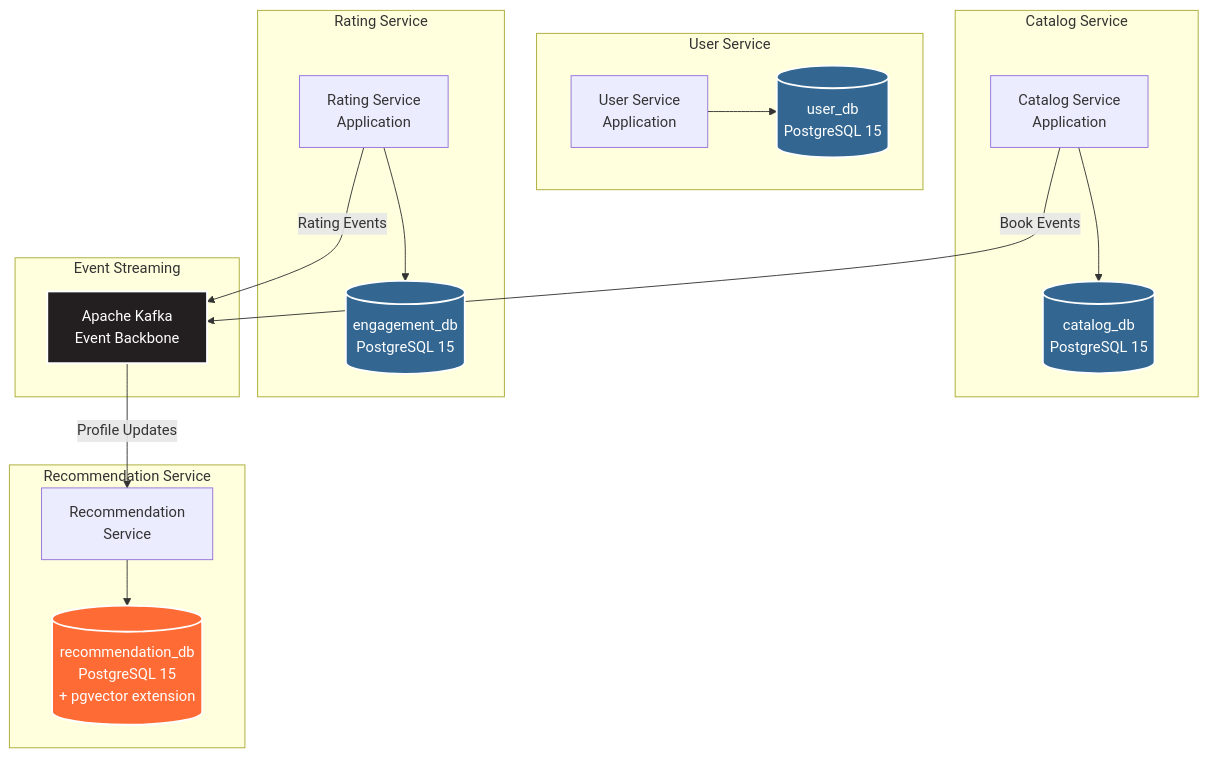
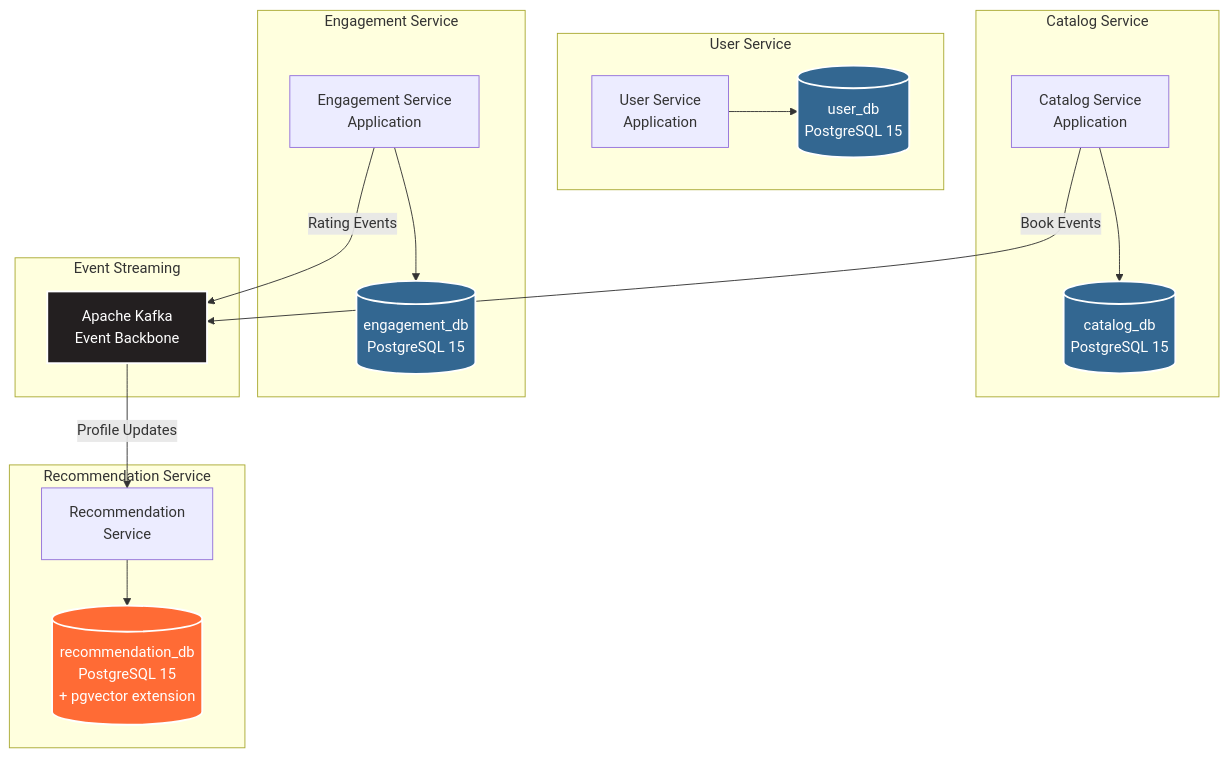
Before and after one commit to Luca5Eckert/VellumHub: the fourth of 5 diagrams in README.md, drawn with Mermaid. The commit also changed other lines of this file, not shown here.

````diff
--- a/README.md
+++ b/README.md
@@ -259,40 +260,40 @@
 ```mermaid
 graph TB
     subgraph "User Service"
         US_APP[User Service<br/>Application]
         US_DB[(user_db<br/>PostgreSQL 15)]
         US_APP --> US_DB
     end
     
     subgraph "Catalog Service"
         CS_APP[Catalog Service<br/>Application]
         CS_DB[(catalog_db<br/>PostgreSQL 15)]
         CS_APP --> CS_DB
     end
     
-    subgraph "Rating Service"
-        RS_APP[Rating Service<br/>Application]
+    subgraph "Engagement Service"
+        RS_APP[Engagement Service<br/>Application]
         RS_DB[(engagement_db<br/>PostgreSQL 15)]
         RS_APP --> RS_DB
     end
     
     subgraph "Recommendation Service"
         REC_APP[Recommendation<br/>Service]
         REC_DB[(recommendation_db<br/>PostgreSQL 15<br/>+ pgvector extension)]
         REC_APP --> REC_DB
     end
     
     subgraph "Event Streaming"
         KAFKA[Apache Kafka<br/>Event Backbone]
     end
     
     CS_APP -->|Book Events| KAFKA
     RS_APP -->|Rating Events| KAFKA
     KAFKA -->|Profile Updates| REC_APP
     
     style US_DB fill:#336791,stroke:#fff,stroke-width:2px,color:#fff
     style CS_DB fill:#336791,stroke:#fff,stroke-width:2px,color:#fff
     style RS_DB fill:#336791,stroke:#fff,stroke-width:2px,color:#fff
     style REC_DB fill:#FF6B35,stroke:#fff,stroke-width:2px,color:#fff
     style KAFKA fill:#231F20,stroke:#fff,stroke-width:2px,color:#fff
 ```
````
